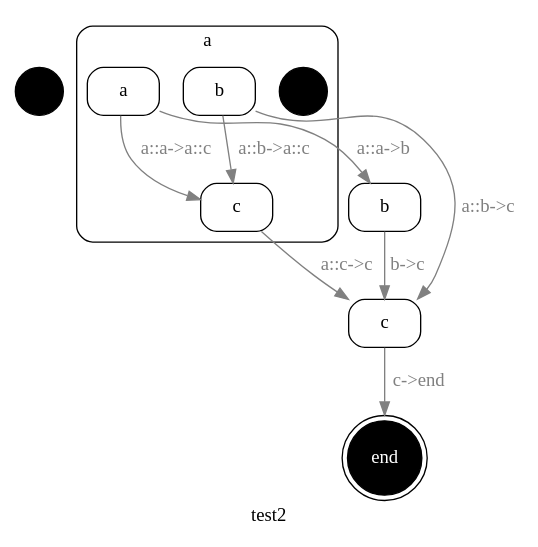
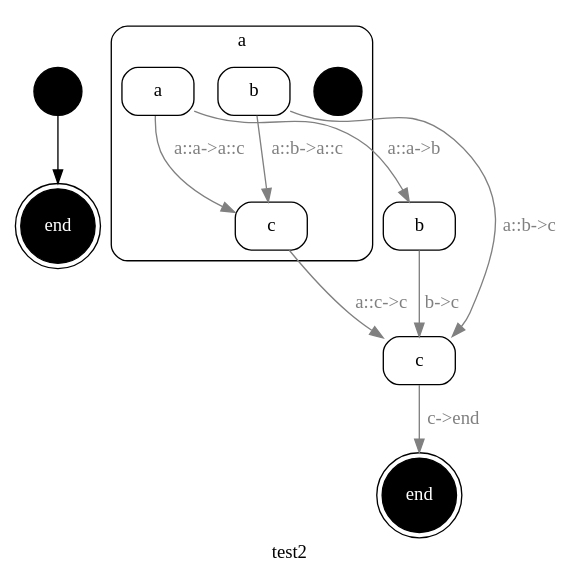
The diagram in example/red_steak-test2-history.dot (kstephens/red_steak), drawn with Graphviz before and after one commit. The commit also changed 3 other files, not shown here.

Commit message:
UML nomenclature for initial and final states in Builder.

```diff
--- a/example/red_steak-test2-history.dot
+++ b/example/red_steak-test2-history.dot
@@ -1,59 +1,60 @@
 
 // {#<RedSteak::Statemachine test2>
 digraph x1 {
   label="test2"; 
   node [ shape="circle", label="", style=filled, fillcolor=black ] x1_START; 
 
 // #<RedSteak::State test2 a>
 
 // {#<RedSteak::State test2 a>
 subgraph cluster_x2 {
   label="a"; 
   shape="box"; 
   style="filled,rounded"; 
   fillcolor=white; 
   fontcolor=black; 
   node [ shape="circle", label="", style=filled, fillcolor=black ] x2_START; 
 
 // #<RedSteak::State test2 a::a>
   node [ shape="box", label="a", style="filled,rounded", color=black, fillcolor=white, fontcolor=black ] x3;
 
 // #<RedSteak::State test2 a::b>
   node [ shape="box", label="b", style="filled,rounded", color=black, fillcolor=white, fontcolor=black ] x4;
 
 // #<RedSteak::State test2 a::c>
   node [ shape="box", label="c", style="filled,rounded", color=black, fillcolor=white, fontcolor=black ] x5;
 }
 // } #<RedSteak::State test2 a>
 
 // #<RedSteak::State test2 b>
   node [ shape="box", label="b", style="filled,rounded", color=black, fillcolor=white, fontcolor=black ] x6;
 
 // #<RedSteak::State test2 c>
   node [ shape="box", label="c", style="filled,rounded", color=black, fillcolor=white, fontcolor=black ] x7;
 
 // #<RedSteak::State test2 end>
   node [ shape="doublecircle", label="end", style="filled,rounded", color=black, fillcolor=black, fontcolor=white ] x8;
 
 // #<RedSteak::Transition :"a::a->b" a::a -> b>
 x3 -> x6 [ label="a::a->b", color=gray, fontcolor=gray ];
 
 // #<RedSteak::Transition :"a::a->a::c" a::a -> a::c>
 x3 -> x5 [ label="a::a->a::c", color=gray, fontcolor=gray ];
 
 // #<RedSteak::Transition :"a::b->c" a::b -> c>
 x4 -> x7 [ label="a::b->c", color=gray, fontcolor=gray ];
 
 // #<RedSteak::Transition :"a::b->a::c" a::b -> a::c>
 x4 -> x5 [ label="a::b->a::c", color=gray, fontcolor=gray ];
 
 // #<RedSteak::Transition :"a::c->c" a::c -> c>
 x5 -> x7 [ label="a::c->c", color=gray, fontcolor=gray ];
 
 // #<RedSteak::Transition :"b->c" b -> c>
 x6 -> x7 [ label="b->c", color=gray, fontcolor=gray ];
 
 // #<RedSteak::Transition :"c->end" c -> end>
 x7 -> x8 [ label="c->end", color=gray, fontcolor=gray ];
+x1_START -> x2;
 }
 // } #<RedSteak::Statemachine test2>
```
